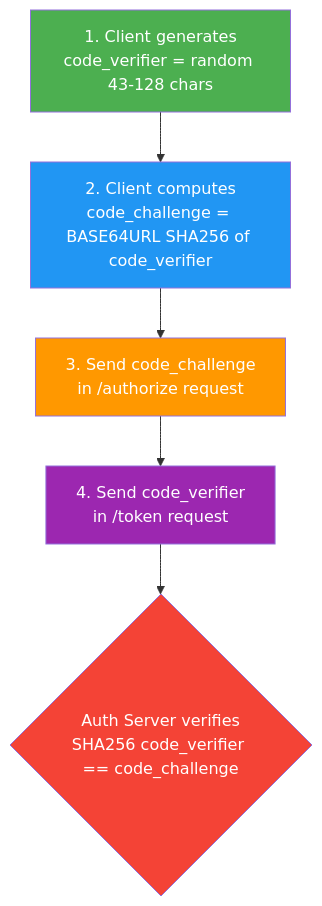
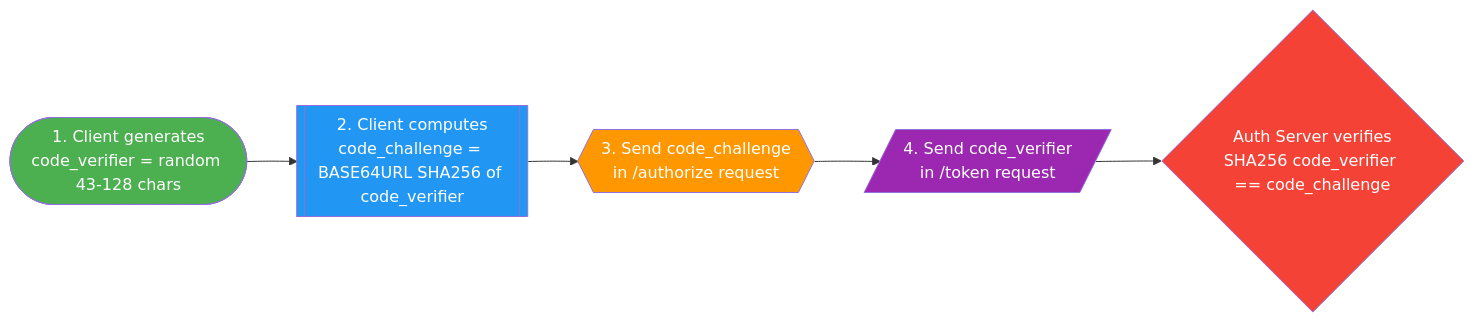
The sixth of 7 diagrams in docs/security/Oauth.md (saivamsikaruturi/vamsilabs-dev-notes-main), drawn with Mermaid before and after one commit. The commit also changed other lines of this file and 146 other files, not shown here.

Commit message:
Horizontal diagrams, UML class diagrams, typography overhaul, and permalink cleanup

````diff
--- a/docs/security/Oauth.md
+++ b/docs/security/Oauth.md
@@ -347,14 +347,14 @@
 ```mermaid
-graph TD
+flowchart LR
     style A fill:#4CAF50,color:#fff
     style B fill:#2196F3,color:#fff
     style C fill:#FF9800,color:#fff
     style D fill:#9C27B0,color:#fff
 
-    A[1. Client generates<br/>code_verifier = random 43-128 chars] --> B[2. Client computes<br/>code_challenge = BASE64URL SHA256 of code_verifier]
-    B --> C[3. Send code_challenge<br/>in /authorize request]
-    C --> D[4. Send code_verifier<br/>in /token request]
-    D --> E{Auth Server verifies<br/>SHA256 code_verifier == code_challenge}
+    A(["1. Client generates<br/>code_verifier = random 43-128 chars"]) --> B[["2. Client computes<br/>code_challenge = BASE64URL SHA256 of code_verifier"]]
+    B --> C{{"3. Send code_challenge<br/>in /authorize request"}}
+    C --> D[/"4. Send code_verifier<br/>in /token request"/]
+    D --> E{"Auth Server verifies<br/>SHA256 code_verifier == code_challenge"}
 
     style E fill:#F44336,color:#fff
 ```
````
